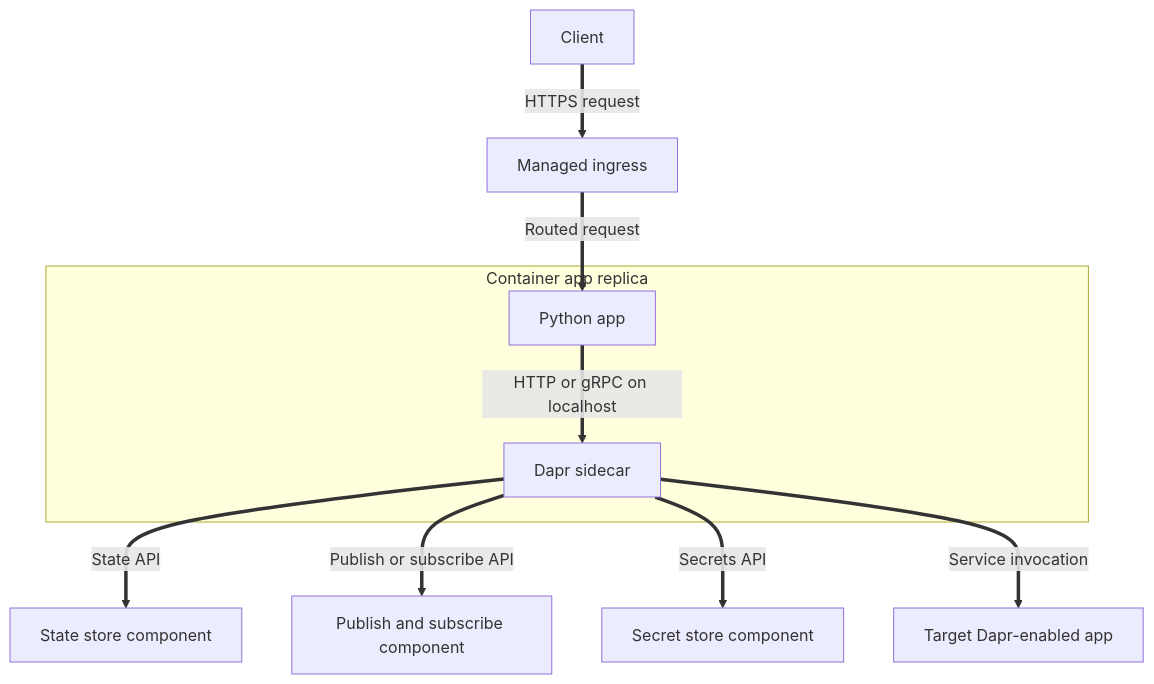
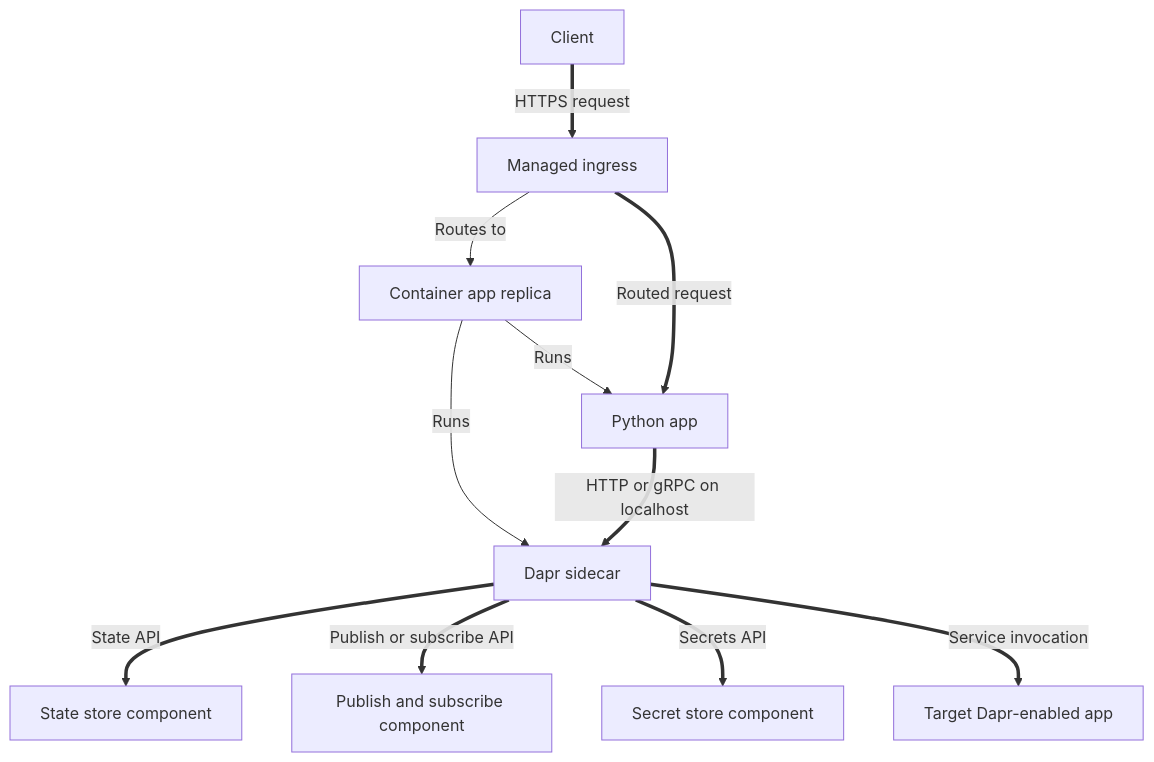
The diagram in docs/language-guides/python/recipes/dapr-integration.md (yeongseon/azure-container-apps-practical-guide), drawn with Mermaid before and after one commit. The commit also changed other lines of this file and 16 other files, not shown here.

Commit message:
fix(docs): address Python recipe diagram review

````diff
--- a/docs/language-guides/python/recipes/dapr-integration.md
+++ b/docs/language-guides/python/recipes/dapr-integration.md
@@ -16,26 +16,28 @@
 ```mermaid
 flowchart TD
     accTitle: Use Dapr APIs from a Python container app
     accDescr: A client request reaches the Python app through managed ingress. The app calls its local Dapr sidecar, which invokes configured state, publish and subscribe, secret, or service-invocation components.
 
     CLIENT[Client]
     INGRESS[Managed ingress]
 
-    subgraph APP_BOUNDARY[Container app replica]
-        APP[Python app]
-        DAPR[Dapr sidecar]
-    end
+    REPLICA[Container app replica]
+    APP[Python app]
+    DAPR[Dapr sidecar]
 
     STATE[State store component]
     BROKER[Publish and subscribe component]
     SECRET[Secret store component]
     SERVICE[Target Dapr-enabled app]
 
     CLIENT ==>|HTTPS request| INGRESS
+    INGRESS -->|Routes to| REPLICA
+    REPLICA -->|Runs| APP
+    REPLICA -->|Runs| DAPR
     INGRESS ==>|Routed request| APP
     APP ==>|HTTP or gRPC on localhost| DAPR
     DAPR ==>|State API| STATE
     DAPR ==>|Publish or subscribe API| BROKER
     DAPR ==>|Secrets API| SECRET
     DAPR ==>|Service invocation| SERVICE
 ```
````
